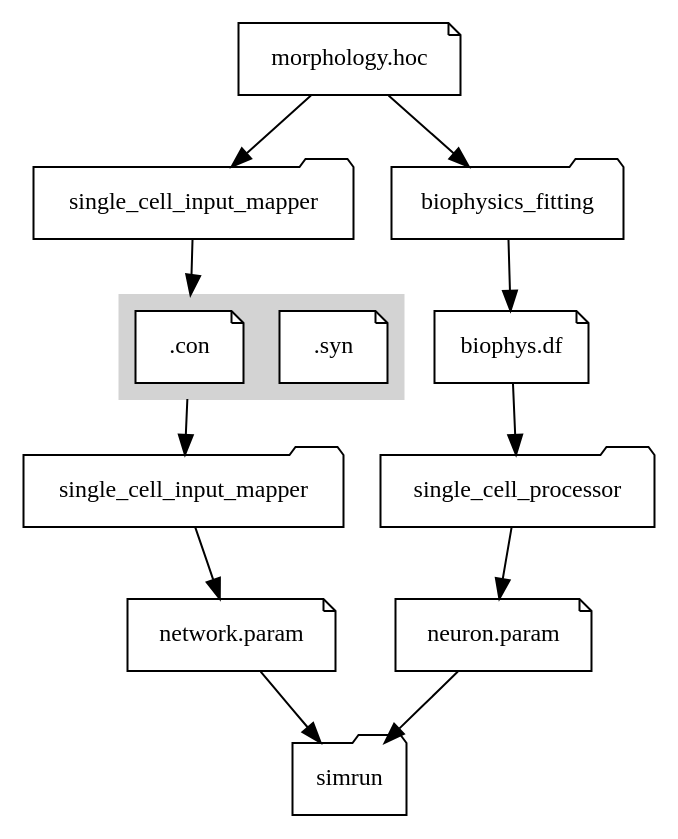
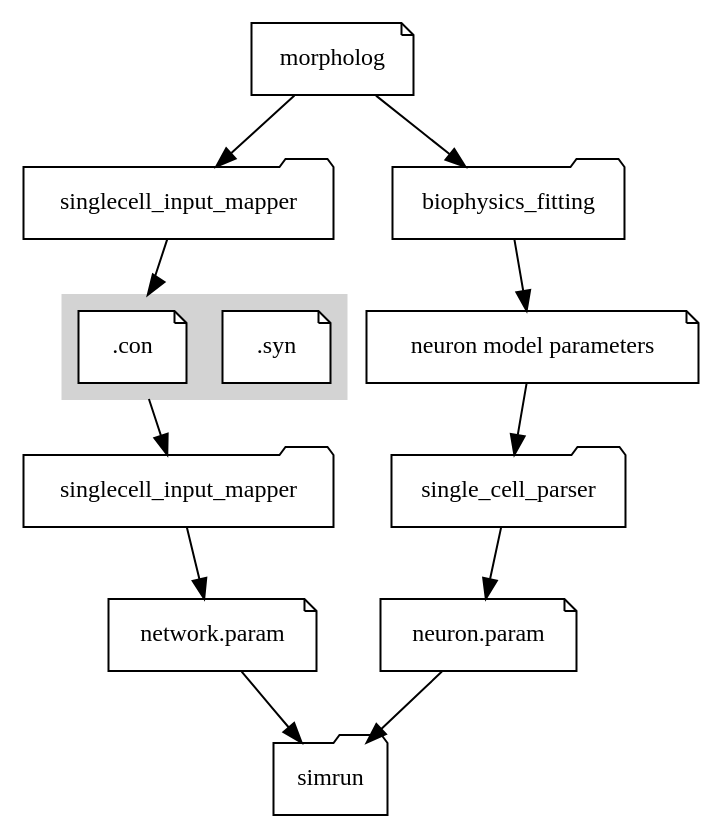
Before and after one commit to mpinb/in_silico_framework: the diagram in docs/paramfile_overview.rst, drawn with Graphviz. The commit also changed 3 other files, not shown here.

```diff
--- a/docs/paramfile_overview.rst
+++ b/docs/paramfile_overview.rst
@@ -1,63 +1,63 @@
 .. graphviz::
     :caption: Overview of file formats.
     :alt: How Sphinx and GraphViz Render the Final Document
     :align: center
 
      digraph "sphinx-ext-graphviz" {
         compound=true;
         rankdir="TB";
         graph [fontname="Verdana", fontsize="12"];
         node [fontname="Verdana", fontsize="12"];
         edge [fontname="Sans", fontsize="9"];
 
-        morphology_file [label="morphology.hoc", shape="note", fontcolor=black,
+        morphology_file [label="morpholog", shape="note", fontcolor=black,
                  fillcolor="white", style=filled,
-                 xref=":ref:`hoc_file_format`"];
+                 xref=":ref:`morphology_file_format`"];
         syn [label=".syn", shape="note", fontcolor=black,
                  fillcolor="white", style=filled,
                  xref=":ref:`syn_file_format`"];
         con [label=".con", shape="note", fontcolor=black,
                  fillcolor="white", style=filled,
                  xref=":ref:`con_file_format`"];
         netp [label="network.param", shape="note", fontcolor=black,
                 fillcolor="white", style=filled,
                 xref=":ref:`network_parameters_format`"];
         neup [label="neuron.param", shape="note", fontcolor=black,
                 fillcolor="white", style=filled,
                 xref=":ref:`cell_parameters_format`"];
-        biophys_df [label="biophys.df", shape="note", fontcolor=black,
+        biophys_df [label="neuron model parameters", shape="note", fontcolor=black,
                  fillcolor="white", style=filled];
 
-        scim [label="single_cell_input_mapper", shape="folder",
+        scim [label="singlecell_input_mapper", shape="folder",
                  xref=":mod:`singlecell_input_mapper`"];
-        scim2 [label="single_cell_input_mapper", shape="folder",
+        scim2 [label="singlecell_input_mapper", shape="folder",
                  xref=":mod:`singlecell_input_mapper`"];
-        scp [label="single_cell_processor", shape="folder",
+        scp [label="single_cell_parser", shape="folder",
                 xref=":mod:`single_cell_parser`"];
         simrun [label="simrun", shape="folder",
                  xref=":mod:`simrun`"];
         biophysics_fitting [label="biophysics_fitting", shape="folder",
                  xref=":mod:`biophysics_fitting`"];
 
         subgraph cluster_syncon {
 		style=filled;
                 rankdir="LR";
 		color=lightgrey;
 		con [constraint=false];
                 syn [constraint=false];
 		label = "";
 	}
 
         morphology_file -> biophysics_fitting ;
         biophysics_fitting -> biophys_df ;
         biophys_df -> scp ;
         scp -> neup ;
         neup -> simrun ;
 
         morphology_file -> scim;
         scim -> con [lhead=cluster_syncon];
         con -> scim2 [ltail=cluster_syncon];
         scim2 -> netp ;
         netp -> simrun ;
 
      }
```
